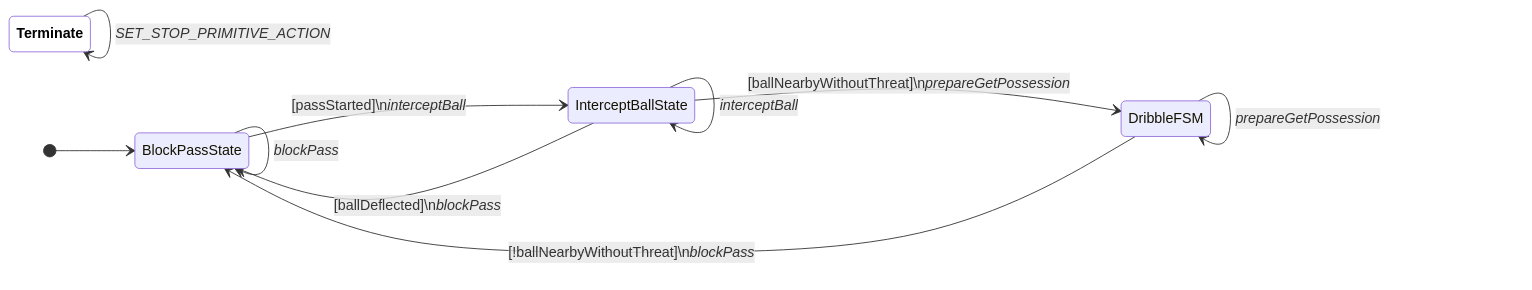
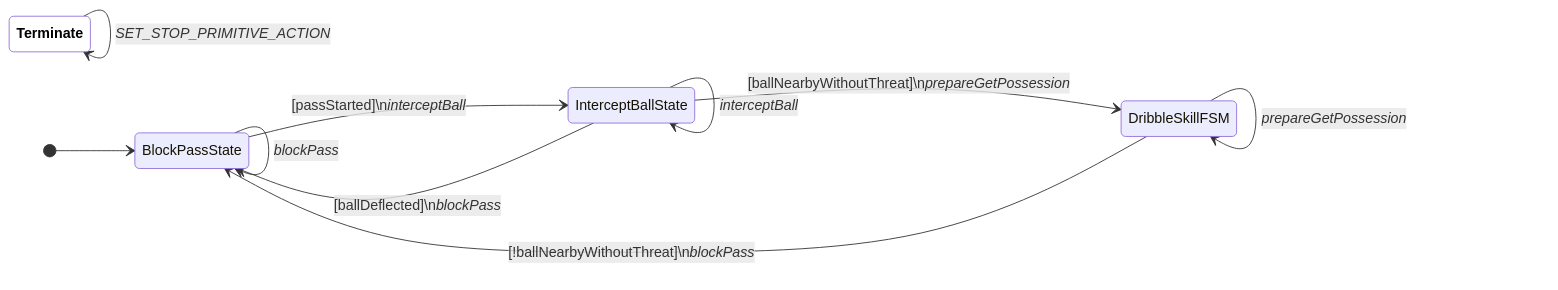
One commit to UBC-Thunderbots/Software changed diagram 20 of 24 in docs/fsm-diagrams.md. Above: the diagram before and after it, drawn with Mermaid. The commit also changed other lines of this file and 375 other files, not shown here.

````diff
--- a/docs/fsm-diagrams.md
+++ b/docs/fsm-diagrams.md
@@ -354,16 +377,16 @@
 ```mermaid
 
 stateDiagram-v2
 classDef terminate fill:white,color:black,font-weight:bold
 direction LR
 [*] --> BlockPassState
 BlockPassState --> InterceptBallState : [passStarted]\n<i>interceptBall</i>
 BlockPassState --> BlockPassState : <i>blockPass</i>
 InterceptBallState --> BlockPassState : [ballDeflected]\n<i>blockPass</i>
-InterceptBallState --> DribbleFSM : [ballNearbyWithoutThreat]\n<i>prepareGetPossession</i>
-DribbleFSM --> BlockPassState : [!ballNearbyWithoutThreat]\n<i>blockPass</i>
-DribbleFSM --> DribbleFSM : <i>prepareGetPossession</i>
+InterceptBallState --> DribbleSkillFSM : [ballNearbyWithoutThreat]\n<i>prepareGetPossession</i>
+DribbleSkillFSM --> BlockPassState : [!ballNearbyWithoutThreat]\n<i>blockPass</i>
+DribbleSkillFSM --> DribbleSkillFSM : <i>prepareGetPossession</i>
 InterceptBallState --> InterceptBallState : <i>interceptBall</i>
 Terminate:::terminate --> Terminate:::terminate : <i>SET_STOP_PRIMITIVE_ACTION</i>
 
 ```
````
